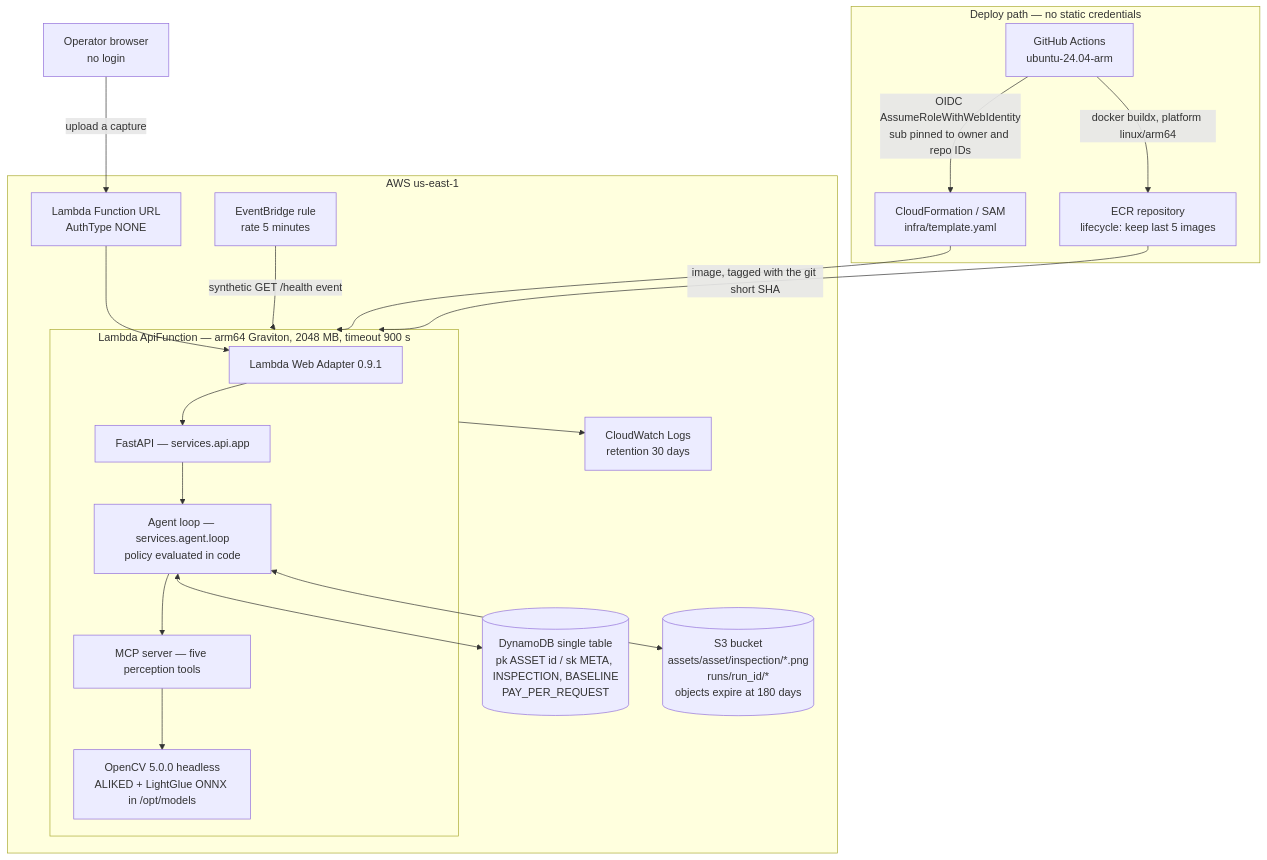
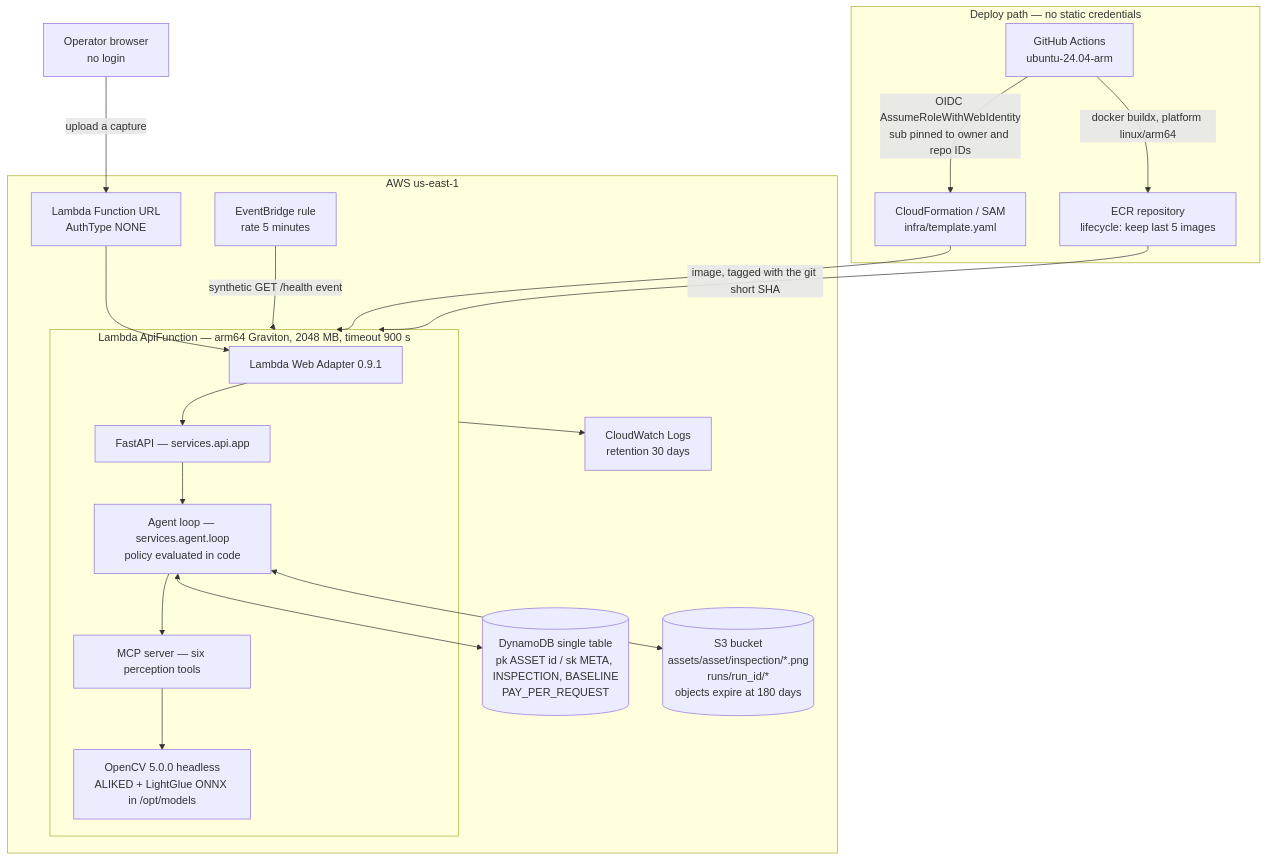
Before and after one commit to gmassello/afterimage: the first of 2 diagrams in docs/TECHNICAL_REPORT.md, drawn with Mermaid. The commit also changed other lines of this file and 64 other files, not shown here.

````diff
--- a/docs/TECHNICAL_REPORT.md
+++ b/docs/TECHNICAL_REPORT.md
@@ -129,39 +129,39 @@
 ```mermaid
 flowchart TB
     Browser["Operator browser<br/>no login"]
 
     subgraph deploy["Deploy path — no static credentials"]
         GHA["GitHub Actions<br/>ubuntu-24.04-arm"]
         ECRR["ECR repository<br/>lifecycle: keep last 5 images"]
         CFN["CloudFormation / SAM<br/>infra/template.yaml"]
         GHA -->|"OIDC AssumeRoleWithWebIdentity<br/>sub pinned to owner and repo IDs"| CFN
         GHA -->|"docker buildx, platform linux/arm64"| ECRR
     end
 
     subgraph aws["AWS us-east-1"]
         URL["Lambda Function URL<br/>AuthType NONE"]
 
         subgraph fn["Lambda ApiFunction — arm64 Graviton, 2048 MB, timeout 900 s"]
             LWA["Lambda Web Adapter 0.9.1"]
             API["FastAPI — services.api.app"]
             LOOP["Agent loop — services.agent.loop<br/>policy evaluated in code"]
-            MCPS["MCP server — five perception tools"]
+            MCPS["MCP server — six perception tools"]
             CV["OpenCV 5.0.0 headless<br/>ALIKED + LightGlue ONNX in /opt/models"]
             LWA --> API --> LOOP --> MCPS --> CV
         end
 
         DDB[("DynamoDB single table<br/>pk ASSET id / sk META, INSPECTION, BASELINE<br/>PAY_PER_REQUEST")]
         S3B[("S3 bucket<br/>assets/asset/inspection/*.png<br/>runs/run_id/*<br/>objects expire at 180 days")]
         LOGS["CloudWatch Logs<br/>retention 30 days"]
         EB["EventBridge rule<br/>rate 5 minutes"]
     end
 
     Browser -->|"upload a capture"| URL
     URL --> LWA
     LOOP <--> DDB
     LOOP <--> S3B
     fn --> LOGS
     EB -->|"synthetic GET /health event"| fn
     CFN --> fn
     ECRR -->|"image, tagged with the git short SHA"| fn
 ```
````
